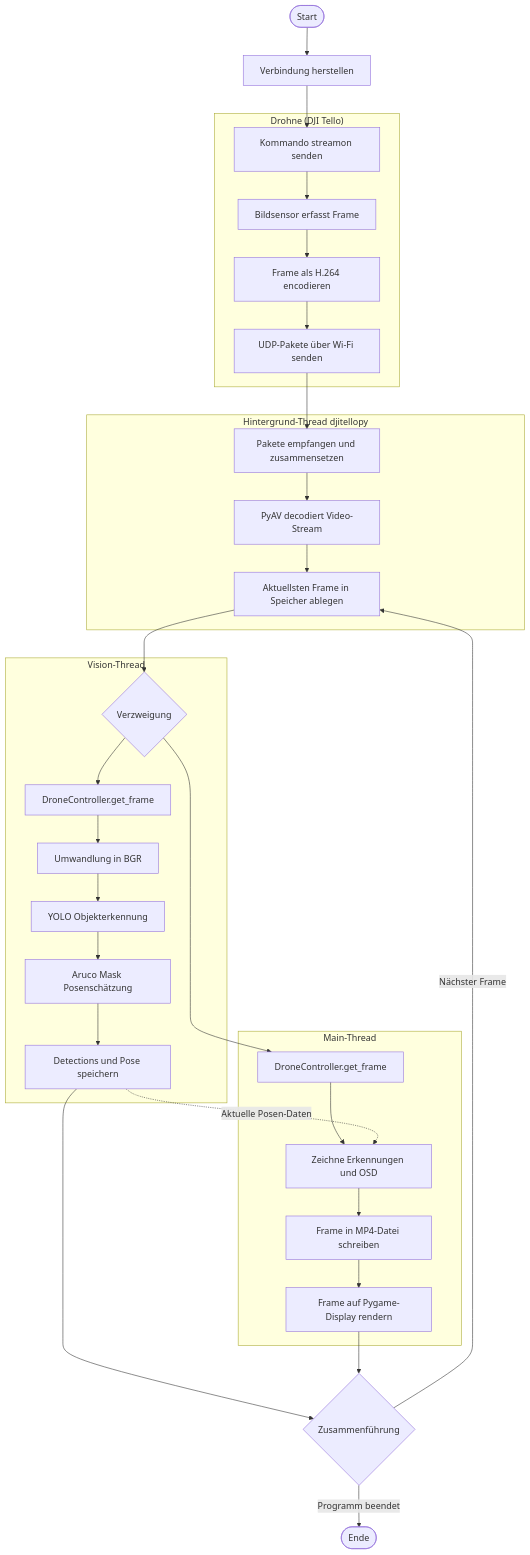
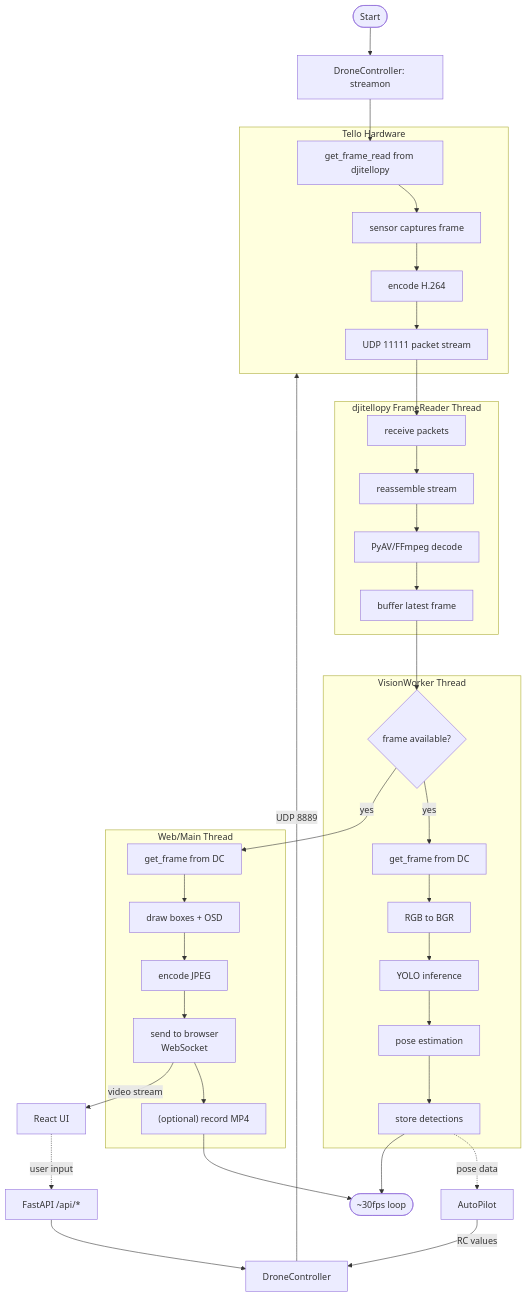
The diagram in docs/diagrams/video-stream_activity-diagram.mmd (ohSystemmm/drone-syp-project), drawn with Mermaid before and after one commit. The commit also changed 11 other files, not shown here.

Commit message:
Diagramme Fertig

```diff
--- a/docs/diagrams/video-stream_activity-diagram.mmd
+++ b/docs/diagrams/video-stream_activity-diagram.mmd
@@ -1,41 +1,45 @@
 flowchart TD
-    Start(["Start"]) --> Connect["Verbindung herstellen"]
-    Connect --> StreamOn["Kommando streamon senden"]
+    Start(["Start"]) --> Conn["DroneController: streamon"]
+    Conn --> GetReader["get_frame_read from djitellopy"]
     
-    subgraph Drohne ["Drohne (DJI Tello)"]
-        StreamOn --> Capture["Bildsensor erfasst Frame"]
-        Capture --> Encode["Frame als H.264 encodieren"]
-        Encode --> Transmit["UDP-Pakete über Wi-Fi senden"]
+    subgraph Drone_HW["Tello Hardware"]
+        GetReader --> Capture["sensor captures frame"]
+        Capture --> Encode["encode H.264"]
+        Encode --> UDP_Stream["UDP 11111 packet stream"]
     end
     
-    subgraph djitellopy ["Hintergrund-Thread djitellopy"]
-        Transmit --> Receive["Pakete empfangen und zusammensetzen"]
-        Receive --> Decode["PyAV decodiert Video-Stream"]
-        Decode --> UpdateReader["Aktuellsten Frame in Speicher ablegen"]
+    subgraph BG_Thread["djitellopy FrameReader Thread"]
+        UDP_Stream --> Recv["receive packets"]
+        Recv --> Reassemble["reassemble stream"]
+        Reassemble --> PyAV["PyAV/FFmpeg decode"]
+        PyAV --> Buffer["buffer latest frame"]
     end
     
-    UpdateReader --> SyncFork{"Verzweigung"}
+    Buffer --> Lock{"frame available?"}
     
-    subgraph VisionWorker ["Vision-Thread"]
-        SyncFork --> V_Get["DroneController.get_frame"]
-        V_Get --> V_Conv["Umwandlung in BGR"]
-        V_Conv --> V_YOLO["YOLO Objekterkennung"]
-        V_YOLO --> V_Pose["Aruco Mask Posenschätzung"]
-        V_Pose --> V_Store["Detections und Pose speichern"]
+    subgraph Vision["VisionWorker Thread"]
+        Lock -->|yes| V_Get["get_frame from DC"]
+        V_Get --> V_RGB["RGB to BGR"]
+        V_RGB --> V_YOLO["YOLO inference"]
+        V_YOLO --> V_Pose["pose estimation"]
+        V_Pose --> V_Store["store detections"]
     end
     
-    subgraph MainThread ["Main-Thread"]
-        SyncFork --> M_Get["DroneController.get_frame"]
-        M_Get --> M_Draw["Zeichne Erkennungen und OSD"]
-        M_Draw --> M_Write["Frame in MP4-Datei schreiben"]
-        M_Write --> M_Render["Frame auf Pygame-Display rendern"]
+    subgraph Web["Web/Main Thread"]
+        Lock -->|yes| W_Get["get_frame from DC"]
+        W_Get --> W_Draw["draw boxes + OSD"]
+        W_Draw --> W_JPEG["encode JPEG"]
+        W_JPEG --> W_Send["send to browser<br/>WebSocket"]
+        W_Send --> W_Record["(optional) record MP4"]
     end
 
-    %% Datenfluss von Vision zu Main
-    V_Store -.->|"Aktuelle Posen-Daten"| M_Draw
-
-    V_Store --> SyncJoin{"Zusammenführung"}
-    M_Render --> SyncJoin{"Zusammenführung"}
+    V_Store -.->|pose data| AP["AutoPilot"]
+    AP -->|RC values| DC_["DroneController"]
+    DC_ -->|UDP 8889| Drone_HW
     
-    SyncJoin -->|"Nächster Frame"| UpdateReader
-    SyncJoin -->|"Programm beendet"| Ende(["Ende"])
+    W_Send -->|video stream| Browser["React UI"]
+    Browser -.->|user input| WebAPI["FastAPI /api/*"]
+    WebAPI --> DC_
+    
+    W_Record --> End(["~30fps loop"])
+    V_Store --> End
```
